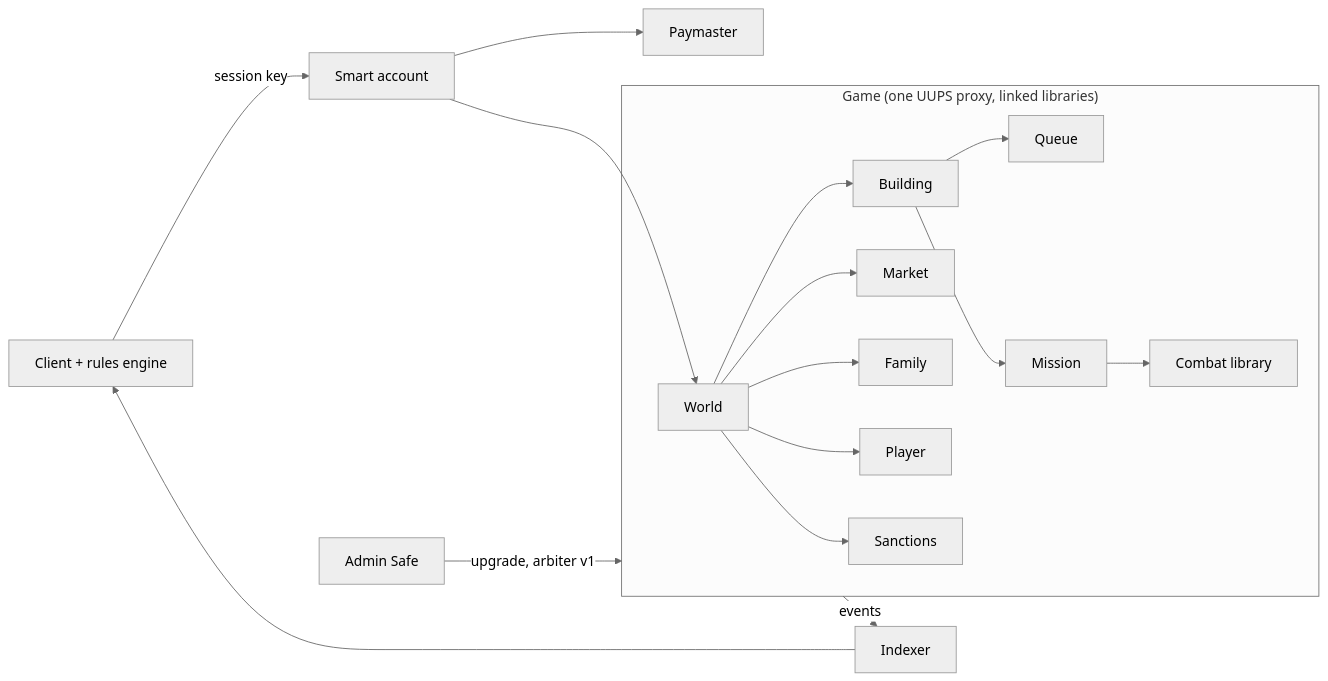
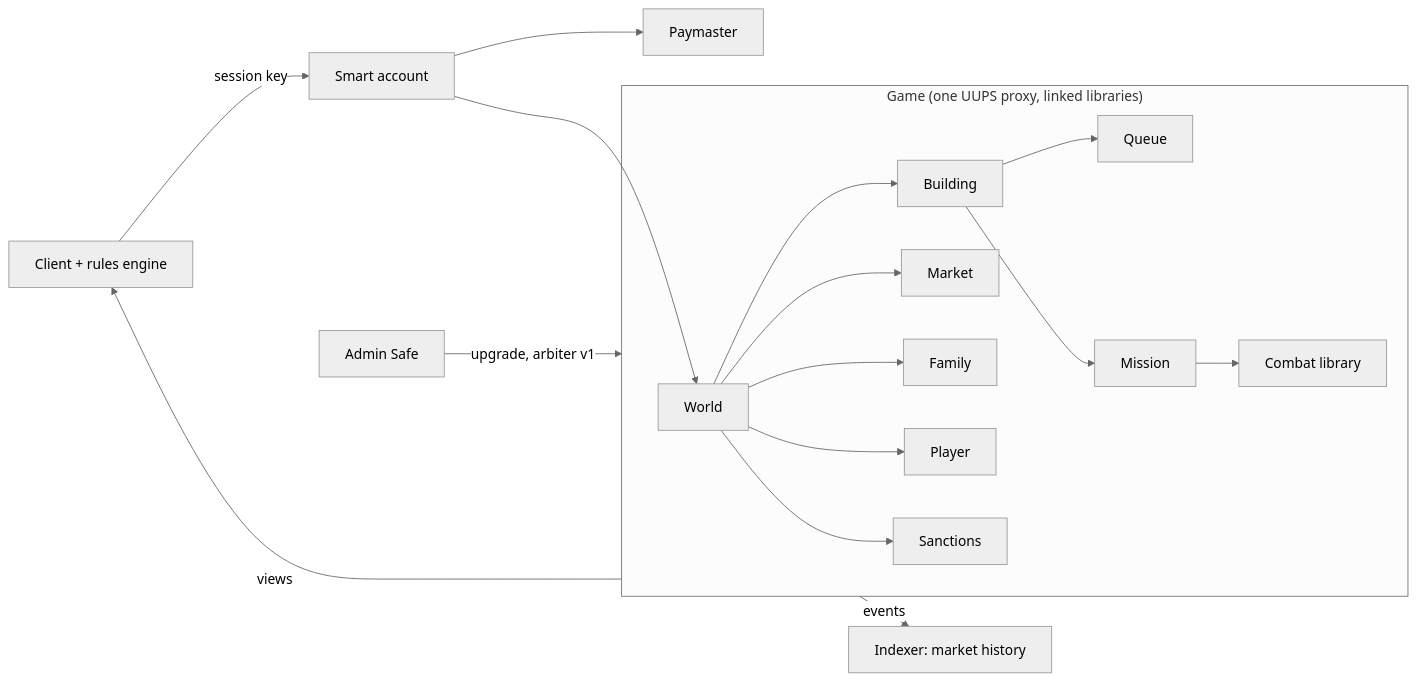
Before and after one commit to rodsouto/vendetta-plus-legacy: the diagram in docs/spec/blockchain.md, drawn with Mermaid (neutral theme). The commit also changed other lines of this file and 34 other files, not shown here.

````diff
--- a/docs/spec/blockchain.md
+++ b/docs/spec/blockchain.md
@@ -757,19 +757,19 @@
 ```mermaid
 flowchart LR
     Client[Client + rules engine] -->|session key| AA[Smart account]
     AA --> PM[Paymaster]
     AA --> World
     subgraph Contracts["Game (one UUPS proxy, linked libraries)"]
         World --> Building
         Building --> Queue
         Building --> Mission
         Mission --> Combat[Combat library]
         World --> Market
         World --> Family
         World --> Player
         World --> Sanctions
     end
-    Contracts -->|events| Indexer
-    Indexer --> Client
+    Contracts -->|views| Client
+    Contracts -->|events| Indexer[Indexer: market history]
     Safe[Admin Safe] -->|upgrade, arbiter v1| Contracts
 ```
````
